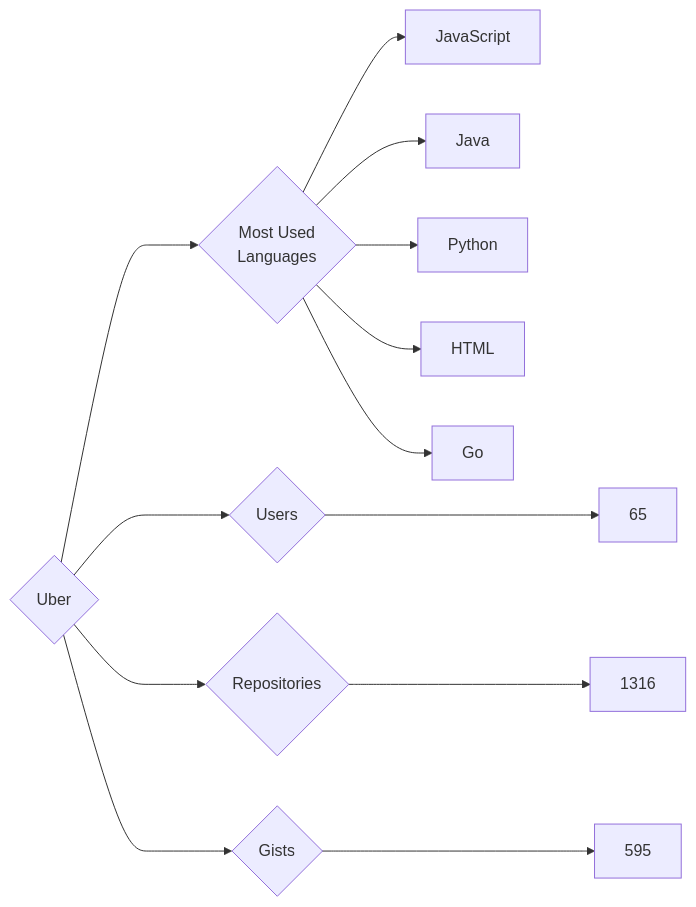
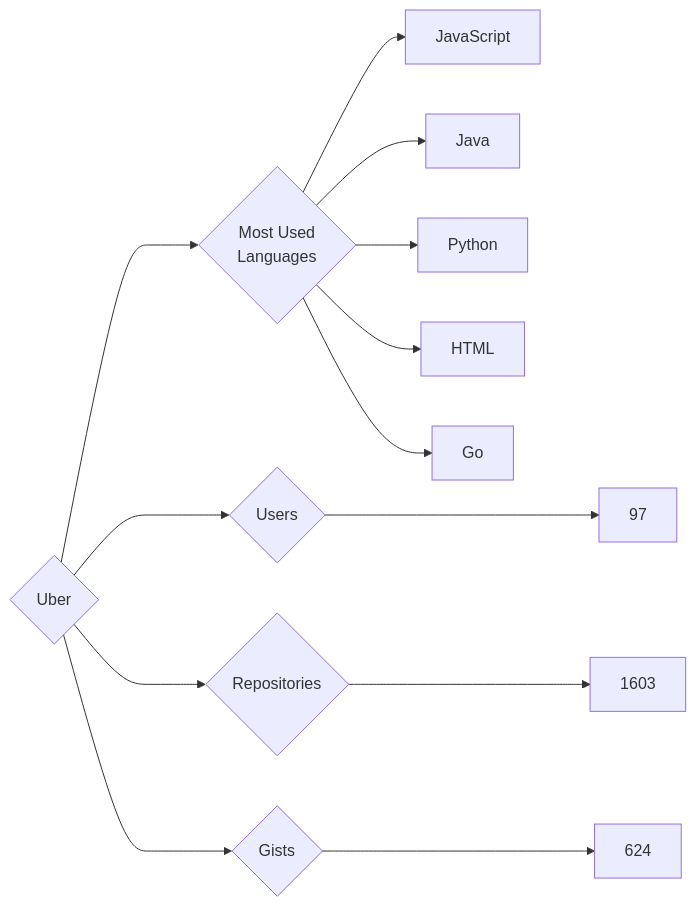
Before and after one commit to trickest/insiders: the diagram in targets/Uber/README.md, drawn with Mermaid. The commit also changed 835 other files, not shown here.

````diff
--- a/targets/Uber/README.md
+++ b/targets/Uber/README.md
@@ -3,13 +3,13 @@
 ```mermaid
 graph LR
 COMPANY_NAME{Uber}
-COMPANY_NAME ---> U{Users} ---> UN[65]
-COMPANY_NAME ---> R{Repositories} ---> RN[1316]
-COMPANY_NAME ---> G{Gists} ---> GN[595]
+COMPANY_NAME ---> U{Users} ---> UN[97]
+COMPANY_NAME ---> R{Repositories} ---> RN[1603]
+COMPANY_NAME ---> G{Gists} ---> GN[624]
 COMPANY_NAME ---> ML{Most Used<br>Languages}
 ML --> JavaScript[JavaScript]
 ML --> Java[Java]
 ML --> Python[Python]
 ML --> HTML[HTML]
 ML --> Go[Go]
 ```
````
